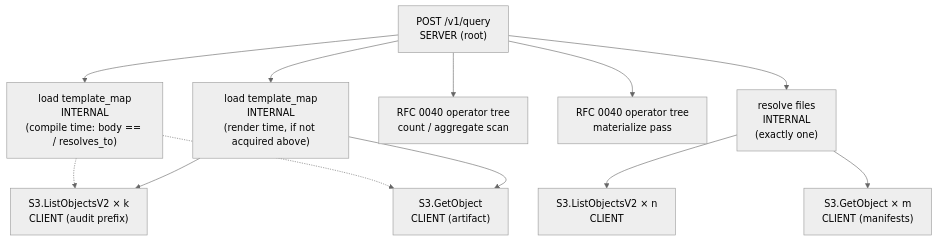
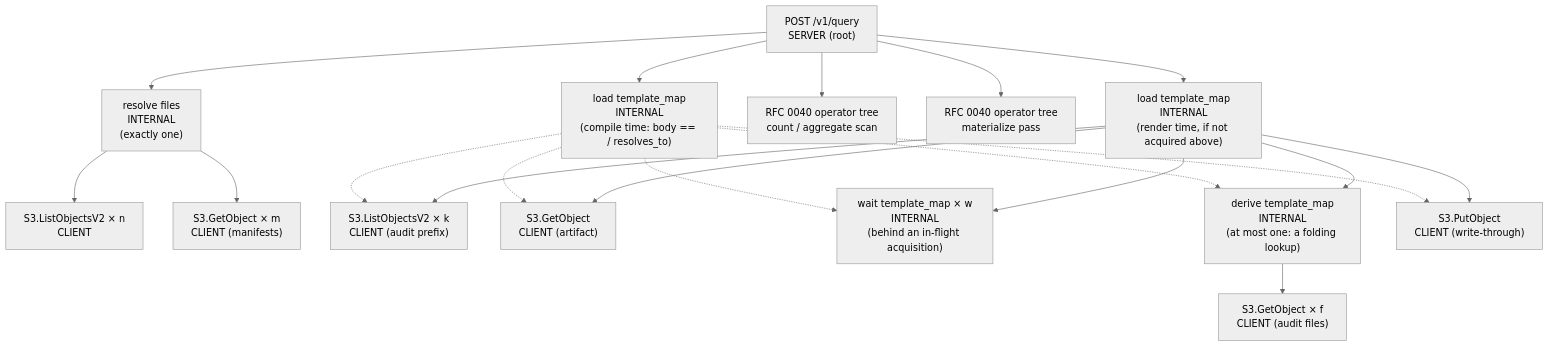
The diagram in docs/rfcs/0038-self-tracing.md (jensholdgaard/ourios), drawn with Mermaid (neutral theme) before and after one commit. The commit also changed other lines of this file, not shown here.

First line of the commit message:
docs(rfc): add the derive and wait template-map spans to rfc 0038 (#966)

````diff
--- a/docs/rfcs/0038-self-tracing.md
+++ b/docs/rfcs/0038-self-tracing.md
@@ -338,24 +346,35 @@
 ```mermaid
 flowchart TD
     Q["POST /v1/query<br/>SERVER (root)"]
     T1["load template_map<br/>INTERNAL<br/>(compile time: body == / resolves_to)"]
     R["resolve files<br/>INTERNAL<br/>(exactly one)"]
     O1["RFC 0040 operator tree<br/>count / aggregate scan"]
     O2["RFC 0040 operator tree<br/>materialize pass"]
     T2["load template_map<br/>INTERNAL<br/>(render time, if not acquired above)"]
     RL["S3.ListObjectsV2 × n<br/>CLIENT"]
     RG["S3.GetObject × m<br/>CLIENT (manifests)"]
     TL["S3.ListObjectsV2 × k<br/>CLIENT (audit prefix)"]
     TG["S3.GetObject<br/>CLIENT (artifact)"]
+    W["wait template_map × w<br/>INTERNAL<br/>(behind an in-flight acquisition)"]
+    D["derive template_map<br/>INTERNAL<br/>(at most one: a folding lookup)"]
+    DG["S3.GetObject × f<br/>CLIENT (audit files)"]
+    TP["S3.PutObject<br/>CLIENT (write-through)"]
     Q --> T1
     Q --> R
     Q --> O1
     Q --> O2
     Q --> T2
     R --> RL
     R --> RG
     T1 -.-> TL
     T1 -.-> TG
     T2 --> TL
     T2 --> TG
+    T1 -.-> W
+    T1 -.-> D
+    T1 -.-> TP
+    T2 --> W
+    T2 --> D
+    T2 --> TP
+    D --> DG
 ```
````
